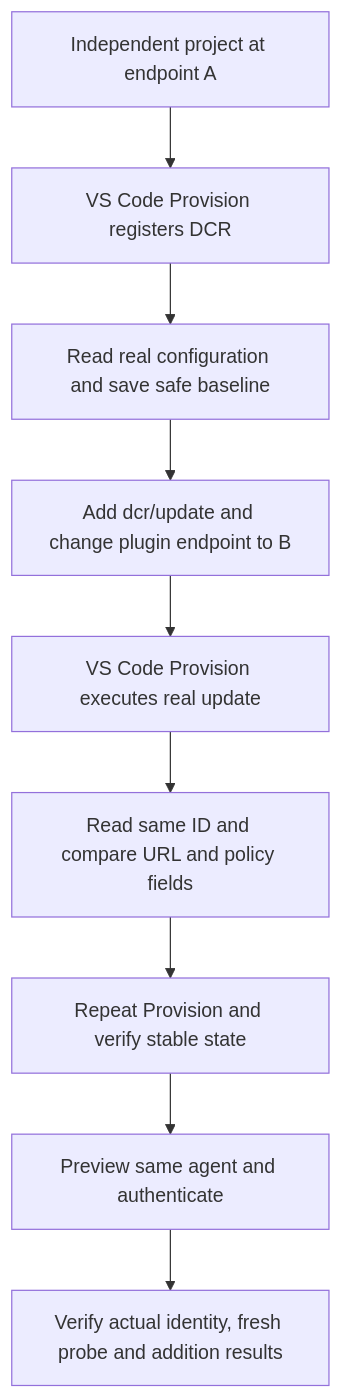
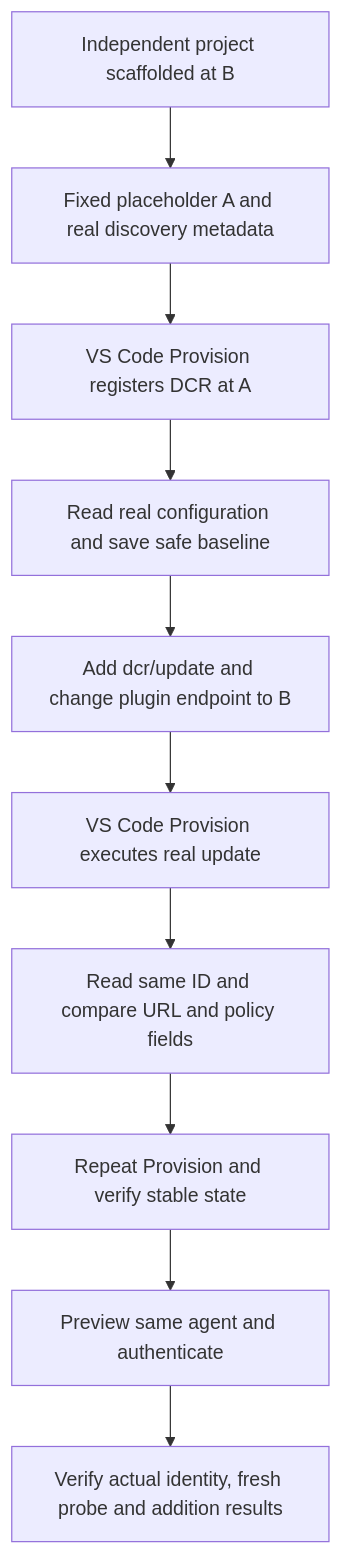
Before and after one commit to OfficeDev/microsoft-365-agents-toolkit: the diagram in docs/03-specs/scenarios/da/dcr-update-ui.md, drawn with Mermaid. The commit also changed other lines of this file and 12 other files, not shown here.

````diff
--- a/docs/03-specs/scenarios/da/dcr-update-ui.md
+++ b/docs/03-specs/scenarios/da/dcr-update-ui.md
@@ -17,11 +20,12 @@
 ```mermaid
 flowchart TD
-  Start[Independent project at endpoint A] --> Register[VS Code Provision registers DCR]
+  Start[Independent project scaffolded at B] --> Prepare[Fixed placeholder A and real discovery metadata]
+  Prepare --> Register[VS Code Provision registers DCR at A]
   Register --> Baseline[Read real configuration and save safe baseline]
   Baseline --> Edit[Add dcr/update and change plugin endpoint to B]
   Edit --> Update[VS Code Provision executes real update]
   Update --> Readback[Read same ID and compare URL and policy fields]
   Readback --> Repeat[Repeat Provision and verify stable state]
   Repeat --> Copilot[Preview same agent and authenticate]
   Copilot --> Tools[Verify actual identity, fresh probe and addition results]
 ```
````
